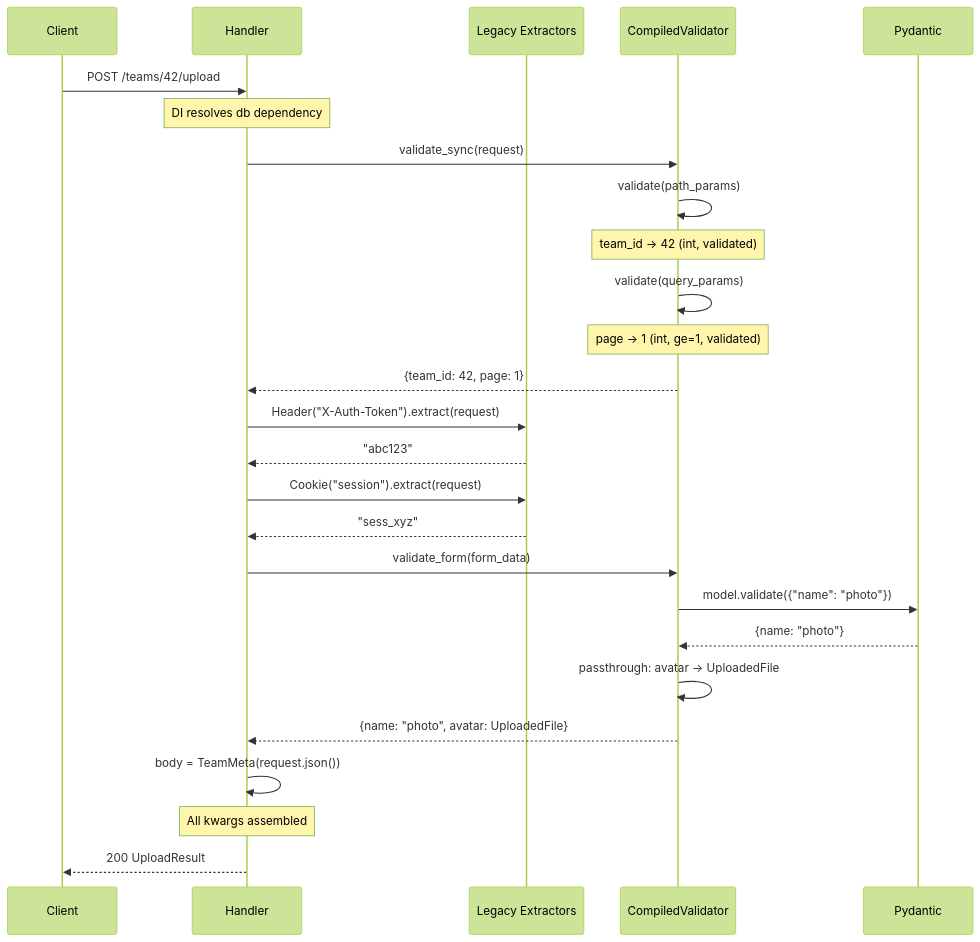
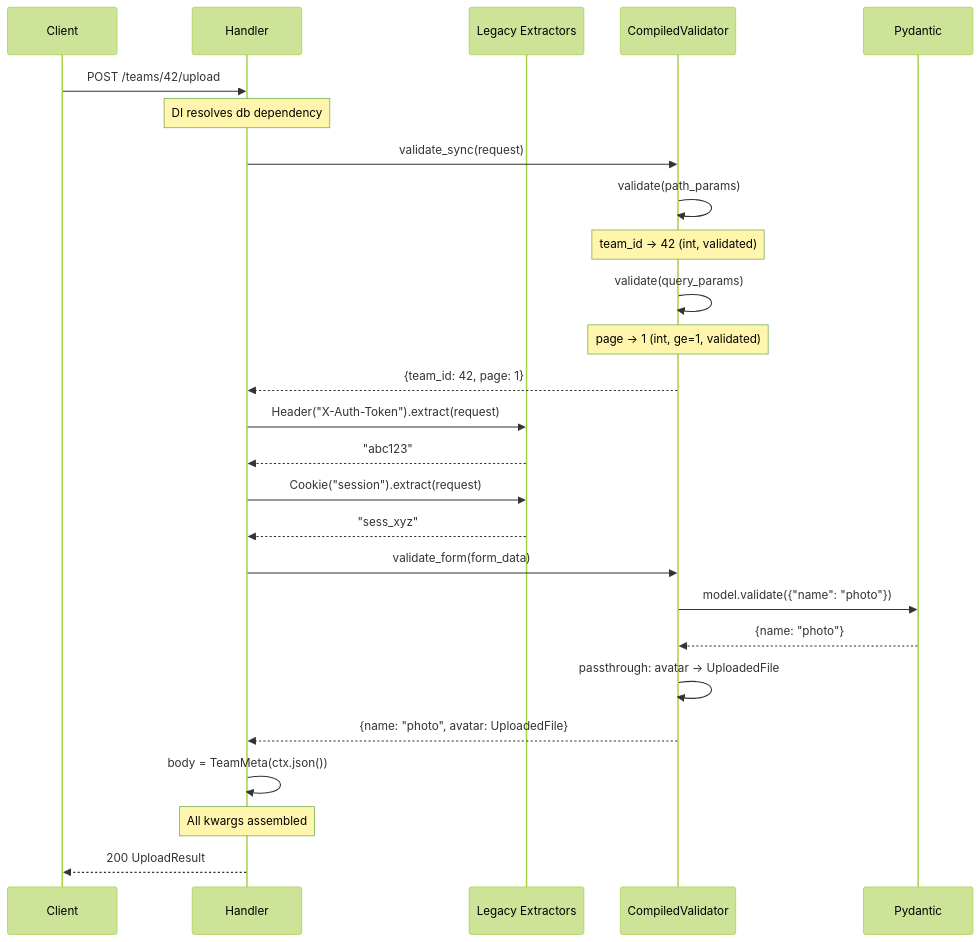
One commit to sillohq/core changed the seventh of 7 diagrams in docs/docs/src/content/docs/v1.0/advanced/parameters.md. Above: the diagram before and after it, drawn with Mermaid (forest theme). The commit also changed other lines of this file and 72 other files, not shown here.

````diff
--- a/docs/docs/src/content/docs/v1.0/advanced/parameters.md
+++ b/docs/docs/src/content/docs/v1.0/advanced/parameters.md
@@ -955,36 +955,36 @@
 ```mermaid
 sequenceDiagram
     participant Client
     participant Handler
     participant Legacy as Legacy Extractors
     participant Validator as CompiledValidator
     participant Pydantic
 
     Client->>Handler: POST /teams/42/upload
 
     Note over Handler: DI resolves db dependency
 
     Handler->>Validator: validate_sync(request)
     Validator->>Validator: validate(path_params)
     Note over Validator: team_id → 42 (int, validated)
     Validator->>Validator: validate(query_params)
     Note over Validator: page → 1 (int, ge=1, validated)
     Validator-->>Handler: {team_id: 42, page: 1}
 
     Handler->>Legacy: Header("X-Auth-Token").extract(request)
     Legacy-->>Handler: "abc123"
 
     Handler->>Legacy: Cookie("session").extract(request)
     Legacy-->>Handler: "sess_xyz"
 
     Handler->>Validator: validate_form(form_data)
     Validator->>Pydantic: model.validate({"name": "photo"})
     Pydantic-->>Validator: {name: "photo"}
     Validator->>Validator: passthrough: avatar → UploadedFile
     Validator-->>Handler: {name: "photo", avatar: UploadedFile}
 
-    Handler->>Handler: body = TeamMeta(request.json())
+    Handler->>Handler: body = TeamMeta(ctx.json())
 
     Note over Handler: All kwargs assembled
     Handler-->>Client: 200 UploadResult
 ```
````
